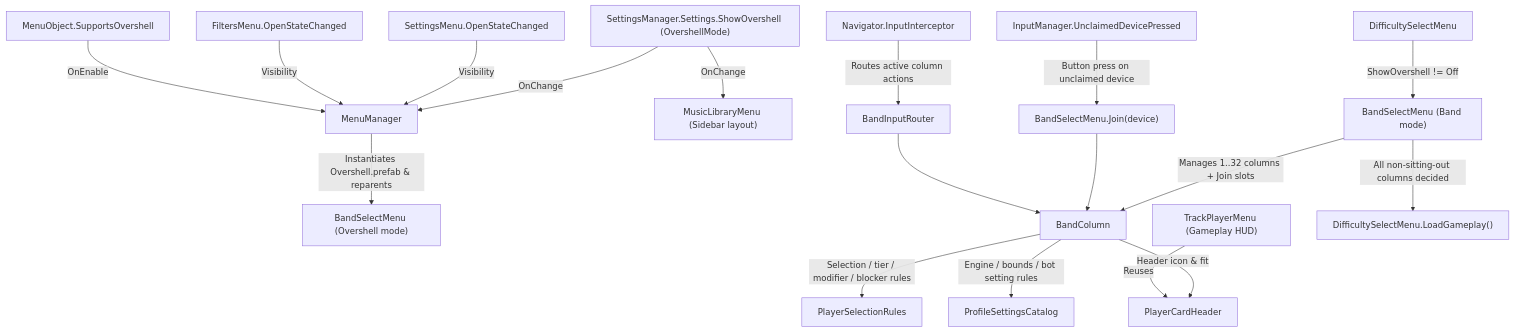
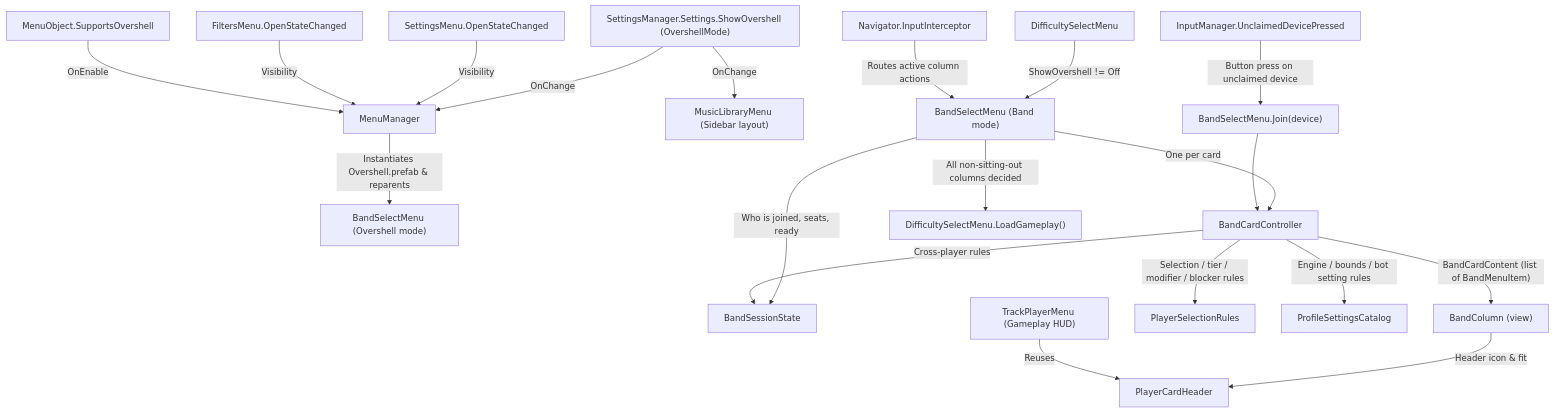
One commit to polson/YARG changed the diagram in docs/overshell_architecture.md. Above: the diagram before and after it, drawn with Mermaid. The commit also changed other lines of this file and 23 other files, not shown here.

Commit message:
Rebuild overshell cards around a row model, per-card controller, and simple card view

````diff
--- a/docs/overshell_architecture.md
+++ b/docs/overshell_architecture.md
@@ -5,24 +5,26 @@
 ```mermaid
 flowchart TD
     Settings["SettingsManager.Settings.ShowOvershell (OvershellMode)"] -->|OnChange| MenuMgr["MenuManager"]
     Settings -->|OnChange| MusicLib["MusicLibraryMenu (Sidebar layout)"]
     SettingsMenu["SettingsMenu.OpenStateChanged"] -->|Visibility| MenuMgr
     FiltersMenu["FiltersMenu.OpenStateChanged"] -->|Visibility| MenuMgr
     MenuObj["MenuObject.SupportsOvershell"] -->|OnEnable| MenuMgr
 
     MenuMgr -->|"Instantiates Overshell.prefab & reparents"| Overshell["BandSelectMenu (Overshell mode)"]
     DiffSel["DifficultySelectMenu"] -->|"ShowOvershell != Off"| Band["BandSelectMenu (Band mode)"]
 
     InputMgr["InputManager.UnclaimedDevicePressed"] -->|"Button press on unclaimed device"| BandJoin["BandSelectMenu.Join(device)"]
-    Nav["Navigator.InputInterceptor"] -->|"Routes active column actions"| BandInput["BandInputRouter"]
+    Nav["Navigator.InputInterceptor"] -->|"Routes active column actions"| Band
 
-    Band -->|"Manages 1..32 columns + Join slots"| Col["BandColumn"]
-    BandJoin --> Col
-    BandInput --> Col
+    Band -->|"Who is joined, seats, ready"| Session["BandSessionState"]
+    Band -->|"One per card"| Card["BandCardController"]
+    BandJoin --> Card
+    Card -->|"BandCardContent (list of BandMenuItem)"| Col["BandColumn (view)"]
+    Card -->|"Cross-player rules"| Session
 
-    Col -->|"Selection / tier / modifier / blocker rules"| Rules["PlayerSelectionRules"]
-    Col -->|"Engine / bounds / bot setting rules"| Catalog["ProfileSettingsCatalog"]
+    Card -->|"Selection / tier / modifier / blocker rules"| Rules["PlayerSelectionRules"]
+    Card -->|"Engine / bounds / bot setting rules"| Catalog["ProfileSettingsCatalog"]
     Col -->|"Header icon & fit"| Header["PlayerCardHeader"]
     TrackHUD["TrackPlayerMenu (Gameplay HUD)"] -->|"Reuses"| Header
     Band -->|"All non-sitting-out columns decided"| Gameplay["DifficultySelectMenu.LoadGameplay()"]
 ```
````
